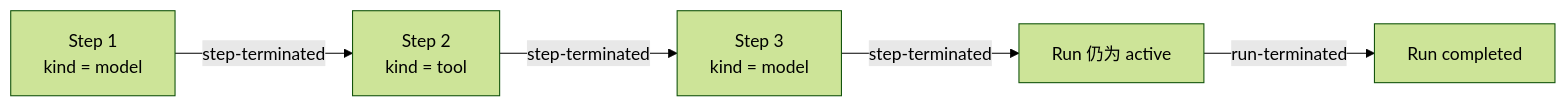
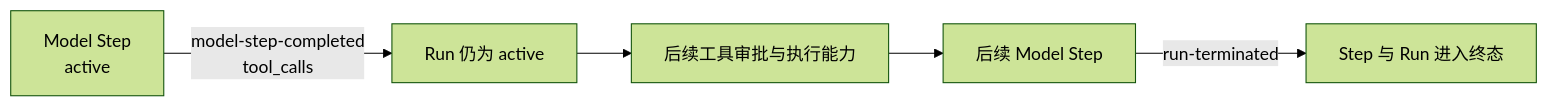
The second of 3 diagrams in docs-next/src/concepts/events-and-reducer.md (gene9831/tiny-robot), drawn with Mermaid (forest theme) before and after one commit. The commit also changed other lines of this file and 33 other files, not shown here.

````diff
--- a/docs-next/src/concepts/events-and-reducer.md
+++ b/docs-next/src/concepts/events-and-reducer.md
@@ -82,7 +83,7 @@
 ```mermaid
 flowchart LR
-  M1["Step 1<br/>kind = model"] -->|step-terminated| T["Step 2<br/>kind = tool"]
-  T -->|step-terminated| M2["Step 3<br/>kind = model"]
-  M2 -->|step-terminated| R["Run 仍为 active"]
-  R -->|run-terminated| Done["Run completed"]
+  M1["Model Step<br/>active"] -->|model-step-completed<br/>tool_calls| R["Run 仍为 active"]
+  R --> Future["后续工具审批与执行能力"]
+  Future --> M2["后续 Model Step"]
+  M2 -->|run-terminated| Done["Step 与 Run 进入终态"]
 ```
````
